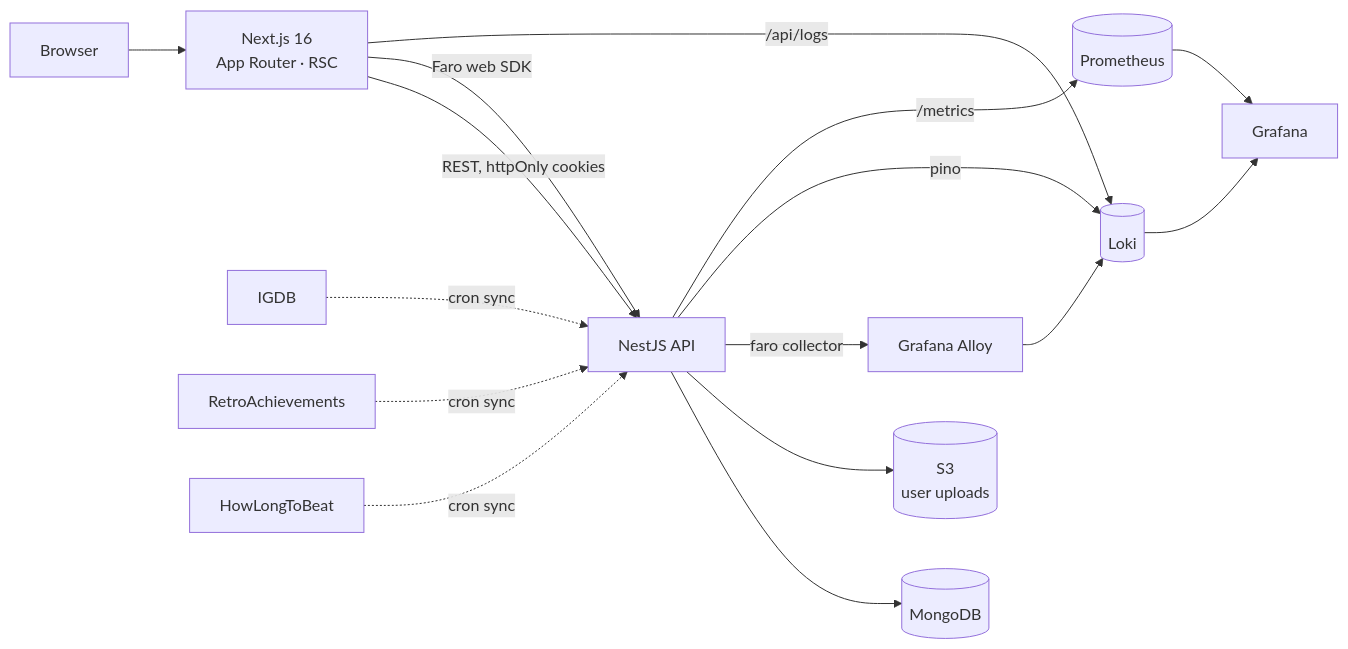
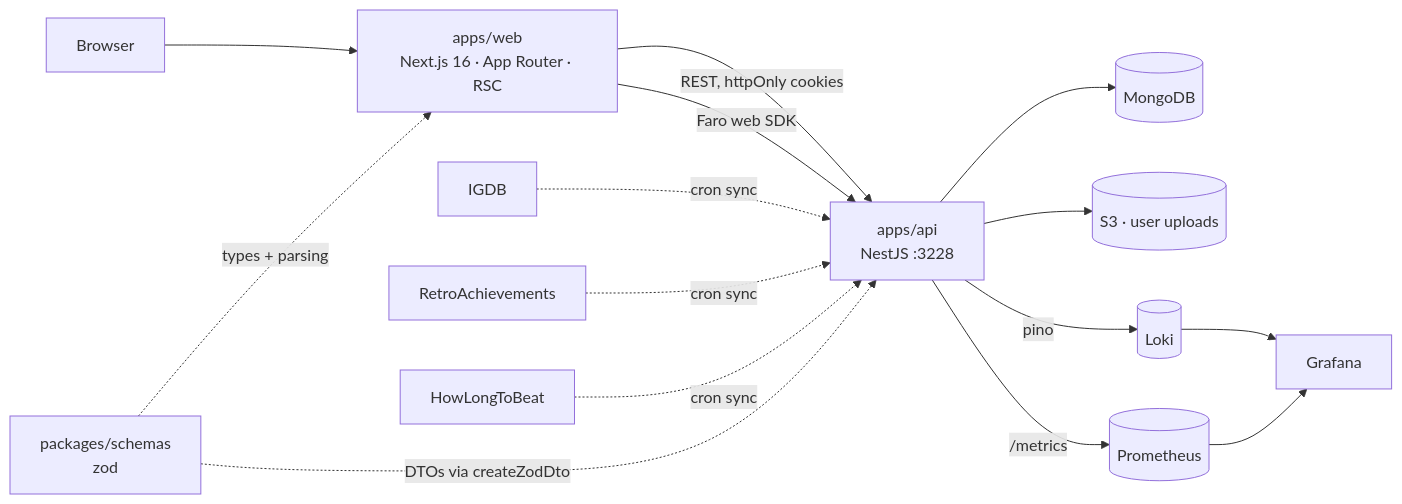
The diagram in README.md (alexgrist14/MoonCellar), drawn with Mermaid before and after one commit. The commit also changed other lines of this file and 5 other files, not shown here.

````diff
--- a/README.md
+++ b/README.md
@@ -70,18 +53,17 @@
 ```mermaid
 flowchart LR
-    B["Browser"] --> N["Next.js 16<br/>App Router · RSC"]
-    N -->|"REST, httpOnly cookies"| A["NestJS API"]
+    B["Browser"] --> N["apps/web<br/>Next.js 16 · App Router · RSC"]
+    N -->|"REST, httpOnly cookies"| A["apps/api<br/>NestJS :3228"]
+    S["packages/schemas<br/>zod"] -.->|"types + parsing"| N
+    S -.->|"DTOs via createZodDto"| A
     A --> M[("MongoDB")]
-    A --> S3[("S3<br/>user uploads")]
+    A --> S3[("S3 · user uploads")]
     IG["IGDB"] -.->|"cron sync"| A
     RA["RetroAchievements"] -.->|"cron sync"| A
     HL["HowLongToBeat"] -.->|"cron sync"| A
     N -->|"Faro web SDK"| A
-    N -->|"/api/logs"| LK[("Loki")]
-    A -->|"faro collector"| AL["Grafana Alloy"]
-    A -->|"pino"| LK
-    AL --> LK
+    A -->|"pino"| LK[("Loki")]
     A -->|"/metrics"| PR[("Prometheus")]
     LK --> G["Grafana"]
     PR --> G
 ```
````
